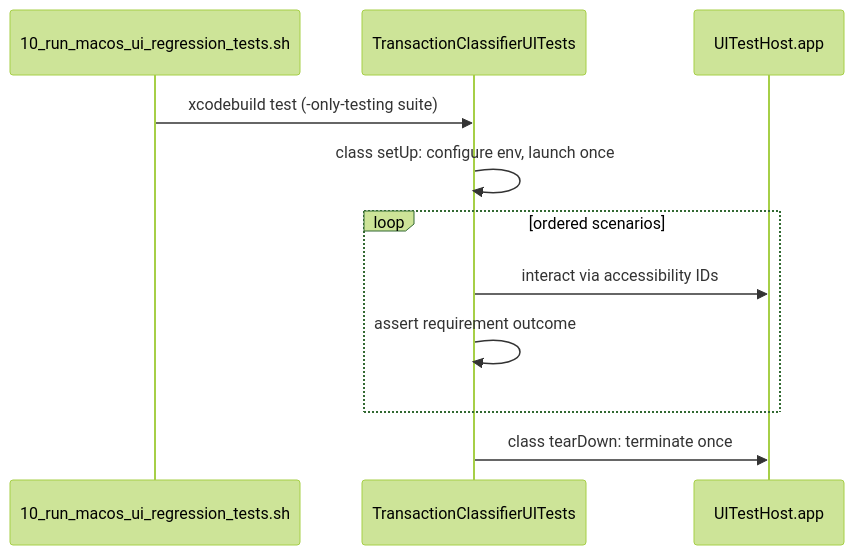
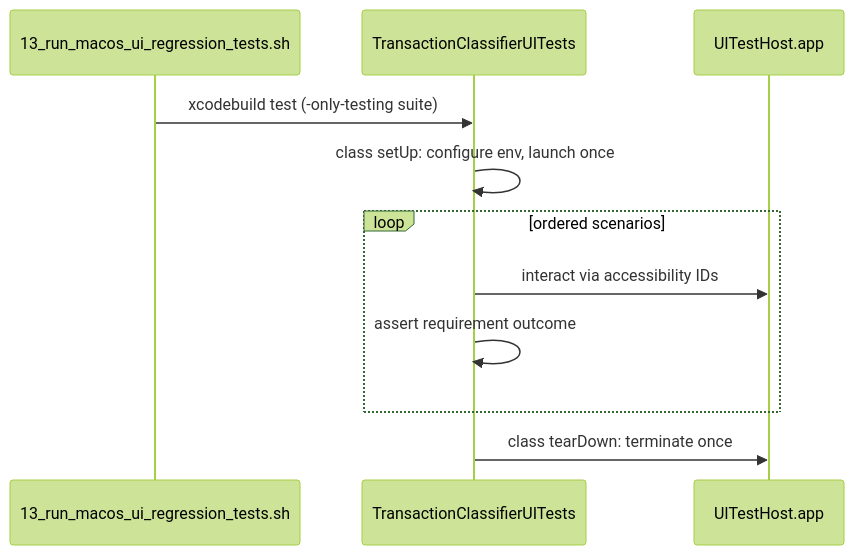
The diagram in .cursor/plans/redo_ui_regression_10_0c01ef49.plan.md (phil-bryant/teller), drawn with Mermaid (forest theme) before and after one commit. The commit also changed other lines of this file and 65 other files, not shown here.

````diff
--- a/.cursor/plans/redo_ui_regression_10_0c01ef49.plan.md
+++ b/.cursor/plans/redo_ui_regression_10_0c01ef49.plan.md
@@ -39,14 +39,14 @@
 ```mermaid
 sequenceDiagram
-    participant Script as 10_run_macos_ui_regression_tests.sh
+    participant Script as 13_run_macos_ui_regression_tests.sh
     participant XCTest as TransactionClassifierUITests
     participant App as UITestHost.app
 
     Script->>XCTest: xcodebuild test (-only-testing suite)
     XCTest->>XCTest: class setUp: configure env, launch once
     loop ordered scenarios
         XCTest->>App: interact via accessibility IDs
         XCTest->>XCTest: assert requirement outcome
     end
     XCTest->>App: class tearDown: terminate once
 ```
````
